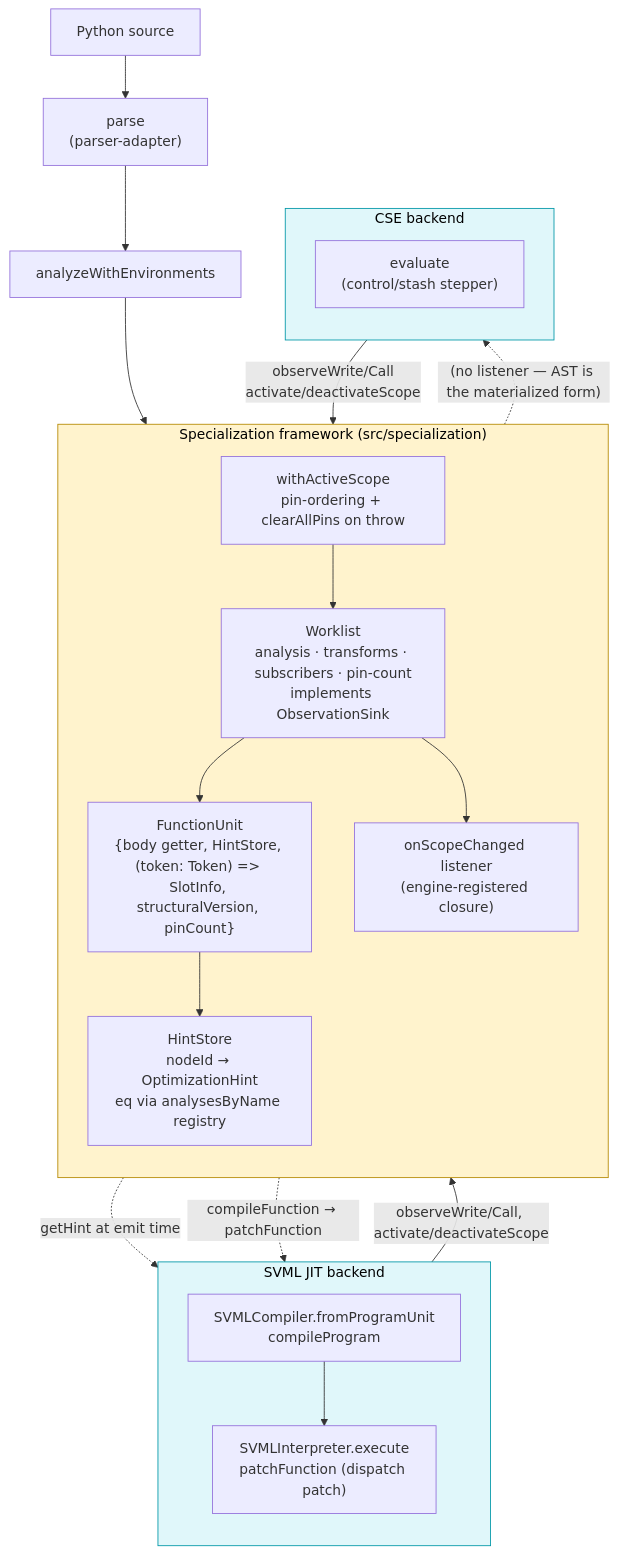
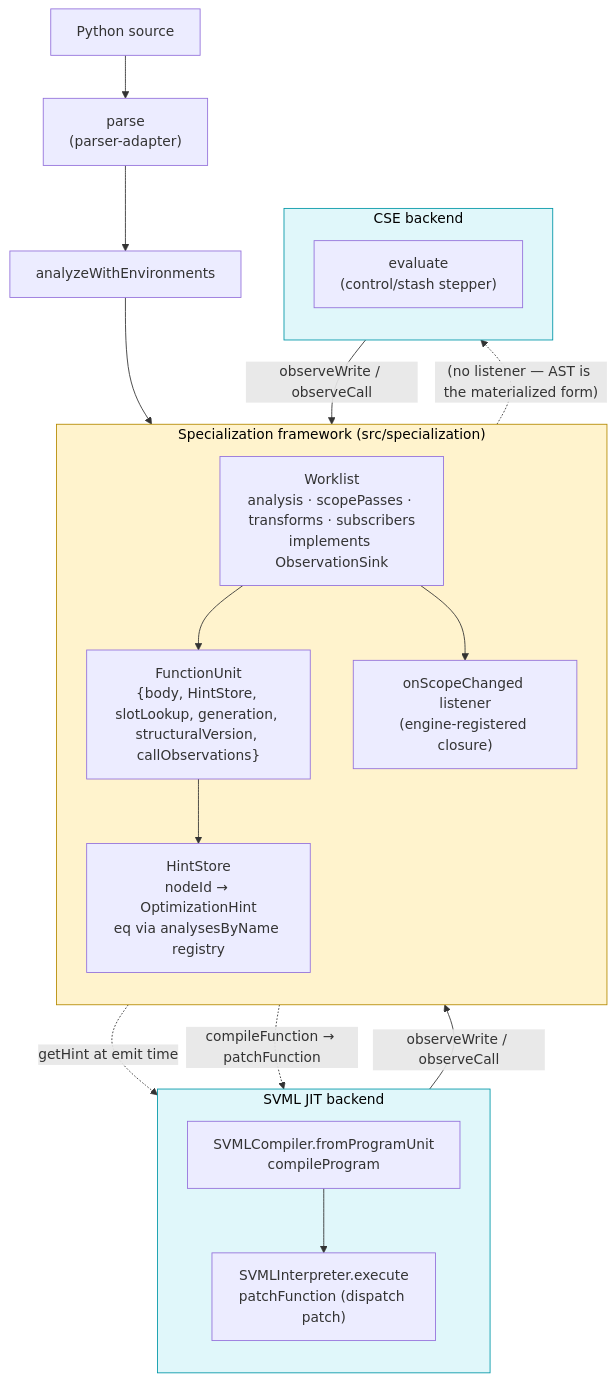
One commit to loyaltypollution/py-slang changed the sixth of 6 diagrams in docs/compilation-flow.md. Above: the diagram before and after it, drawn with Mermaid. The commit also changed other lines of this file and 33 other files, not shown here.

````diff
--- a/docs/compilation-flow.md
+++ b/docs/compilation-flow.md
@@ -366,43 +365,41 @@
 ```mermaid
 flowchart TB
     SRC["Python source"]
     PARSE["parse<br/>(parser-adapter)"]
     RESOLVE["analyzeWithEnvironments"]
     SRC --> PARSE --> RESOLVE
 
     subgraph SPEC["Specialization framework (src/specialization)"]
       direction TB
-      WL["Worklist<br/>analysis · transforms · subscribers · pin-count<br/>implements ObservationSink"]
-      UNIT["FunctionUnit<br/>{body getter, HintStore, (token: Token) => SlotInfo, structuralVersion, pinCount}"]
+      WL["Worklist<br/>analysis · scopePasses · transforms · subscribers<br/>implements ObservationSink"]
+      UNIT["FunctionUnit<br/>{body, HintStore, slotLookup, generation, structuralVersion, callObservations}"]
       HS["HintStore<br/>nodeId → OptimizationHint<br/>eq via analysesByName registry"]
-      WAS["withActiveScope<br/>pin-ordering + clearAllPins on throw"]
       OSC["onScopeChanged listener<br/>(engine-registered closure)"]
       WL --> UNIT
       UNIT --> HS
       WL --> OSC
-      WAS --> WL
     end
     RESOLVE --> WL
 
     subgraph SVML["SVML JIT backend"]
       direction TB
       COMP["SVMLCompiler.fromProgramUnit<br/>compileProgram"]
       INT["SVMLInterpreter.execute<br/>patchFunction (dispatch patch)"]
       COMP --> INT
     end
     UNIT -. "getHint at emit time" .-> COMP
     OSC -. "compileFunction → patchFunction" .-> INT
-    INT -- "observeWrite/Call, activate/deactivateScope" --> WL
+    INT -- "observeWrite / observeCall" --> WL
 
     subgraph CSE["CSE backend"]
       direction TB
       EXEC["evaluate<br/>(control/stash stepper)"]
     end
-    WAS -. "(no listener — AST is the materialized form)" .-> EXEC
-    EXEC -- "observeWrite/Call<br/>activate/deactivateScope" --> WL
+    WL -. "(no listener — AST is the materialized form)" .-> EXEC
+    EXEC -- "observeWrite / observeCall" --> WL
 
     classDef engine fill:#fff3cd,stroke:#b58900,color:#000;
     classDef backend fill:#e0f7fa,stroke:#0097a7,color:#000;
     class SPEC engine;
     class SVML,CSE backend;
 ```
````
